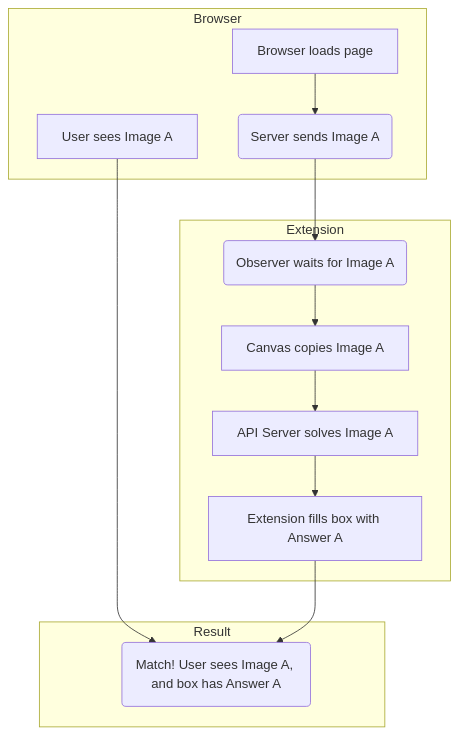
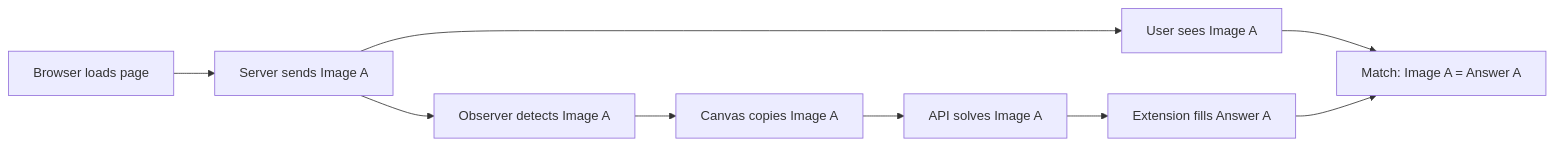
One commit to Prakash-Bandapalli/Captcha_Solver changed the second of 2 diagrams in README.md. Above: the diagram before and after it, drawn with Mermaid. The commit also changed other lines of this file, not shown here.

Commit message:
Revise README with updated flowcharts and explanations
Updated README to improve clarity on the captcha solving process and revised flowcharts for better visualization.

````diff
--- a/README.md
+++ b/README.md
@@ -64,23 +56,11 @@
 ```mermaid
-flowchart TD
-    subgraph Browser
-        A[Browser loads page] --> B(Server sends Image A);
-        C[User sees Image A];
-    end
-
-    subgraph Extension
-        D(Observer waits for Image A);
-        D --> E[Canvas copies Image A];
-        E --> F[API Server solves Image A];
-        F --> G[Extension fills box with Answer A];
-    end
-
-    B --> D;
-    
-    subgraph Result
-        H(Match! User sees Image A, and box has Answer A);
-    end
-
-    C --> H;
-    G --> H;
+flowchart LR
+    A[Browser loads page] --> B[Server sends Image A]
+    B --> C[User sees Image A]
+    B --> D[Observer detects Image A]
+    D --> E[Canvas copies Image A]
+    E --> F[API solves Image A]
+    F --> G[Extension fills Answer A]
+    C --> H[Match: Image A = Answer A]
+    G --> H
 ```
````
